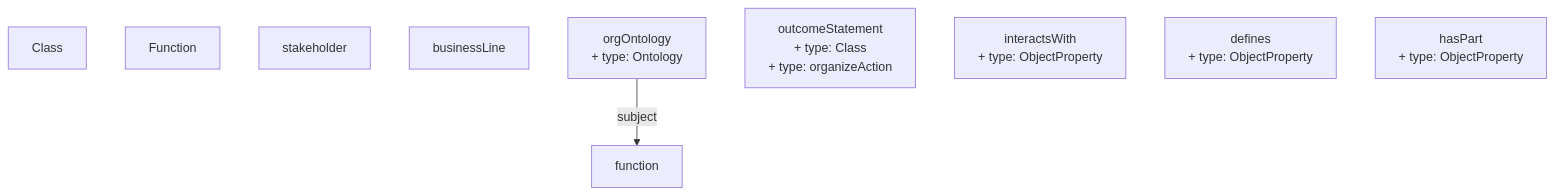
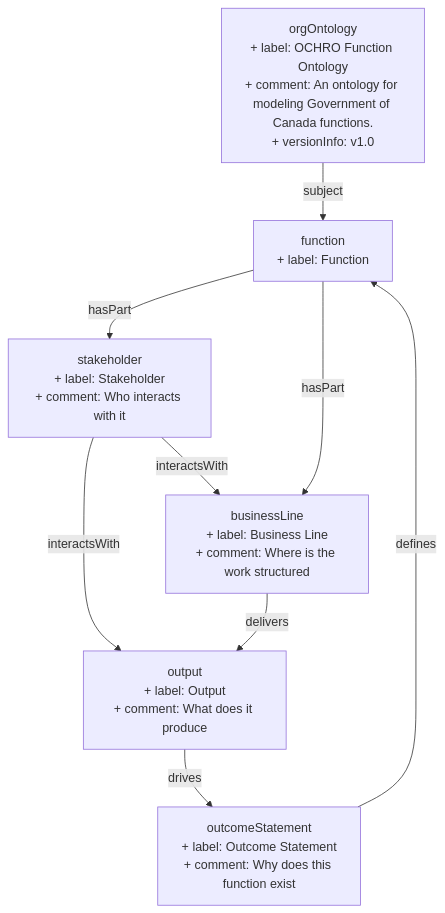
Before and after one commit to heidingaway/heidi2: the diagram in content/function.md, drawn with Mermaid. The commit also changed other lines of this file and 6 other files, not shown here.

````diff
--- a/content/function.md
+++ b/content/function.md
@@ -54,14 +55,17 @@
 ```mermaid
 graph TD
-  function["function"]
-  Class["Class"]
-  Function["Function"]
-  stakeholder["stakeholder"]
-  businessLine["businessLine"]
-  orgOntology["orgOntology<br>+ type: Ontology"]
+  function["function<br>+ label: Function"]:::current-page-node
+  stakeholder["stakeholder<br>+ label: Stakeholder<br>+ comment: Who interacts with it"]
+  businessLine["businessLine<br>+ label: Business Line<br>+ comment: Where is the work structured"]
+  orgOntology["orgOntology<br>+ label: OCHRO Function Ontology<br>+ comment: An ontology for modeling Government of Canada functions.<br>+ versionInfo: v1.0"]
+  outcomeStatement["outcomeStatement<br>+ label: Outcome Statement<br>+ comment: Why does this function exist"]
+  output["output<br>+ label: Output<br>+ comment: What does it produce"]
+  function-->|" hasPart "|stakeholder
+  stakeholder-->|" interactsWith "|output
+  function-->|" hasPart "|businessLine
+  businessLine-->|" delivers "|output
+  outcomeStatement-->|" defines "|function
+  output-->|" drives "|outcomeStatement
+  stakeholder-->|" interactsWith "|businessLine
   orgOntology-->|" subject "|function
-  outcomeStatement["outcomeStatement<br>+ type: Class<br>+ type: organizeAction"]
-  interactsWith["interactsWith<br>+ type: ObjectProperty"]
-  defines["defines<br>+ type: ObjectProperty"]
-  hasPart["hasPart<br>+ type: ObjectProperty"]
 ```
````
